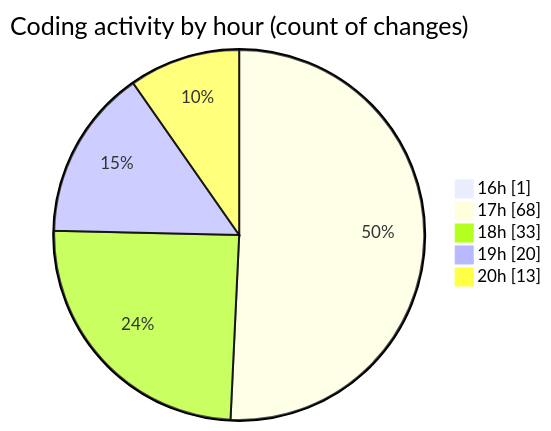
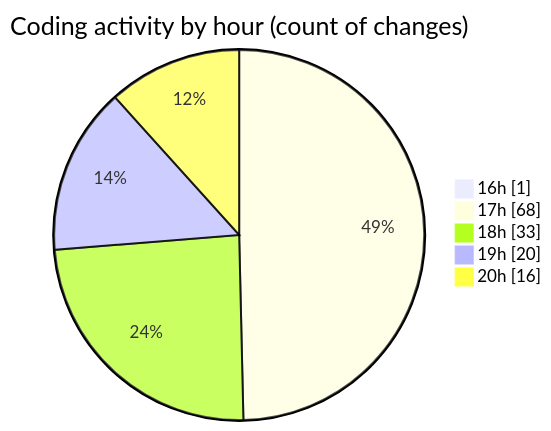
Before and after one commit to idhammustaqopulfikri/code-tracking: the second of 2 diagrams in 2025-05-27/studio-backend/README.md, drawn with Mermaid. The commit also changed other lines of this file and 1 other file, not shown here.

````diff
--- a/2025-05-27/studio-backend/README.md
+++ b/2025-05-27/studio-backend/README.md
@@ -64,9 +64,9 @@
 ```mermaid
 pie showData
 title Coding activity by hour (count of changes)
 "16h" : 1
 "17h" : 68
 "18h" : 33
 "19h" : 20
-"20h" : 13
+"20h" : 16
 ```
````
